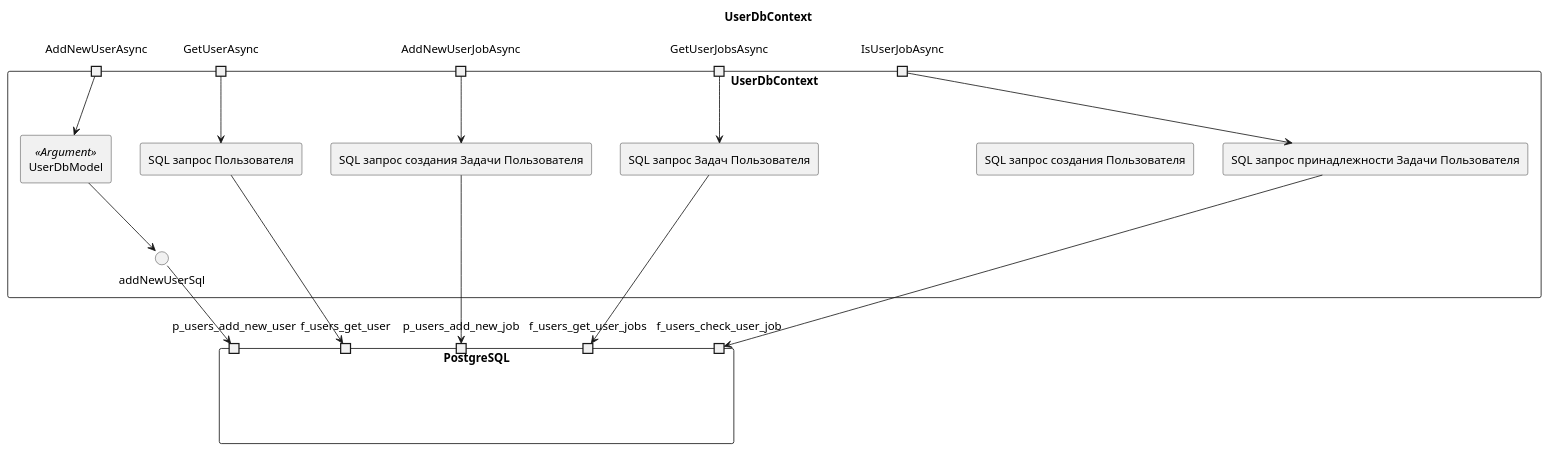
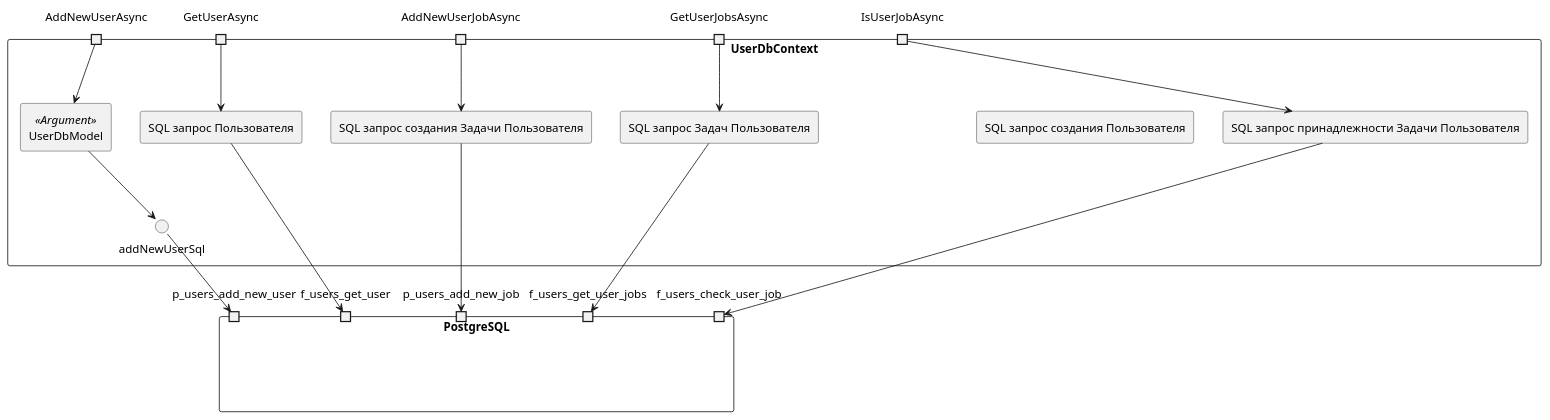
The diagram in docs/diagrams/structure/User.Database.puml (mrypdm/JobSystem), drawn with PlantUML before and after one commit. The commit also changed 8 other files, not shown here.

```diff
--- a/docs/diagrams/structure/User.Database.puml
+++ b/docs/diagrams/structure/User.Database.puml
@@ -1,45 +1,43 @@
 @startuml UserDbContext
 skinparam componentStyle rectangle
 skinparam linetype polyline
-
-title UserDbContext
 
 component PostgreSQL {
     portin p_users_add_new_user
     portin f_users_get_user
     portin p_users_add_new_job
     portin f_users_get_user_jobs
     portin f_users_check_user_job
 }
 
 component UserDbContext {
     portin AddNewUserAsync
     [SQL запрос создания Пользователя]
     [UserDbModel] << Argument >>
     AddNewUserAsync --> UserDbModel
     UserDbModel --> addNewUserSql
 
     portin GetUserAsync
     [SQL запрос Пользователя] as getUserSql
     GetUserAsync --> getUserSql
 
     portin AddNewUserJobAsync
     [SQL запрос создания Задачи Пользователя] as addNewJobSql
     AddNewUserJobAsync --> addNewJobSql
 
     portin GetUserJobsAsync
     [SQL запрос Задач Пользователя] as getJobsSql
     GetUserJobsAsync --> getJobsSql
 
     portin IsUserJobAsync
     [SQL запрос принадлежности Задачи Пользователя] as checkJobSql
     IsUserJobAsync --> checkJobSql
 }
 
 addNewUserSql --> p_users_add_new_user
 getUserSql --> f_users_get_user
 addNewJobSql --> p_users_add_new_job
 getJobsSql --> f_users_get_user_jobs
 checkJobSql --> f_users_check_user_job
 
 @enduml
```
